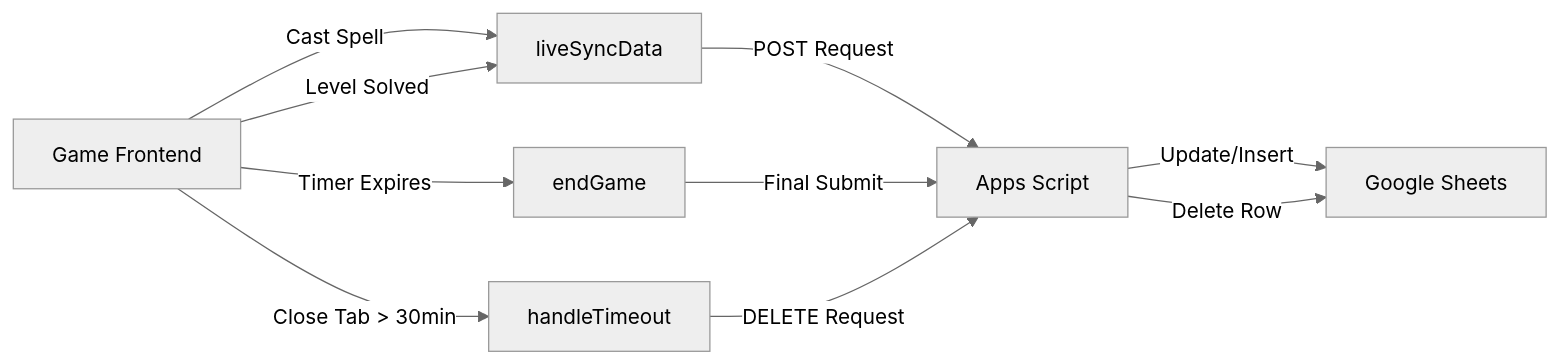
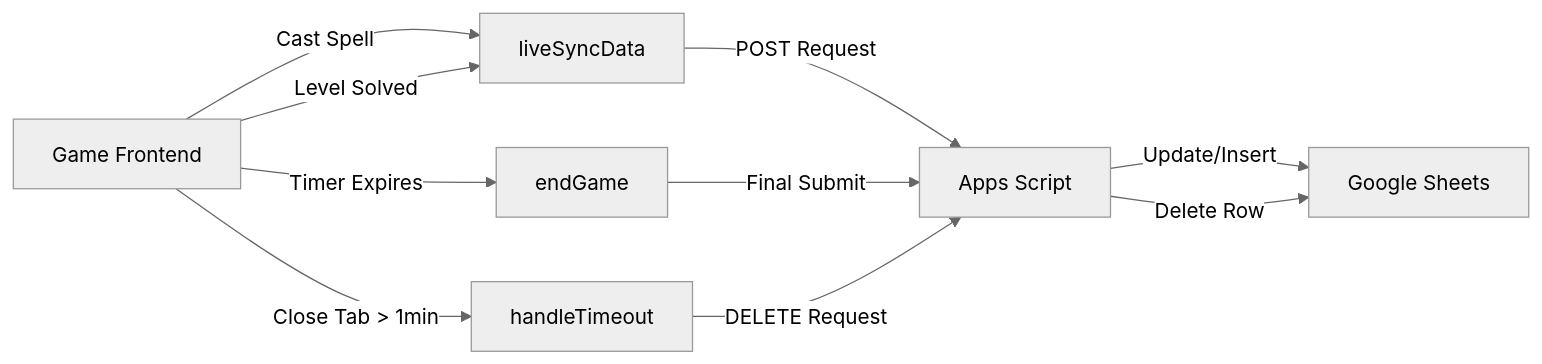
Before and after one commit to Chndraf/magicflex_2: the diagram in README.md, drawn with Mermaid (neutral theme). The commit also changed other lines of this file and 9 other files, not shown here.

````diff
--- a/README.md
+++ b/README.md
@@ -296,12 +296,12 @@
 ```mermaid
 graph LR
     A[Game Frontend] -->|Cast Spell| B[liveSyncData]
     A -->|Level Solved| B
     B -->|POST Request| C[Apps Script]
     C -->|Update/Insert| D[Google Sheets]
     A -->|Timer Expires| E[endGame]
     E -->|Final Submit| C
-    A -->|Close Tab > 30min| F[handleTimeout]
+    A -->|Close Tab > 1min| F[handleTimeout]
     F -->|DELETE Request| C
     C -->|Delete Row| D
 ```
````
